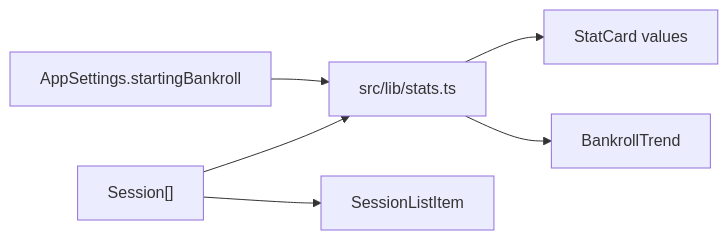
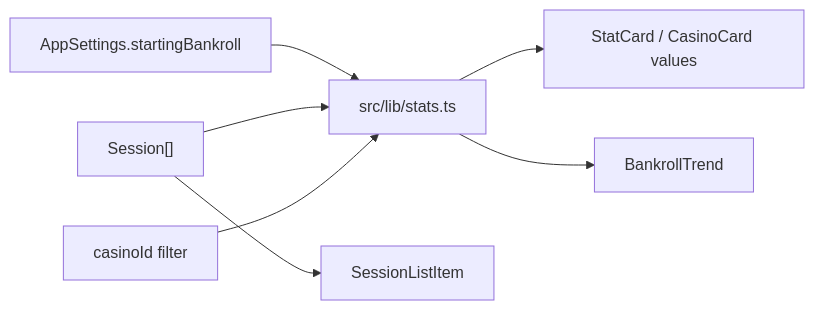
The seventh of 8 diagrams in docs/flow.md (Trevor5008/StackTrack), drawn with Mermaid before and after one commit. The commit also changed other lines of this file and 27 other files, not shown here.

````diff
--- a/docs/flow.md
+++ b/docs/flow.md
@@ -128,8 +138,9 @@
 ```mermaid
 flowchart LR
   Settings[AppSettings.startingBankroll] --> Stats["src/lib/stats.ts"]
   Sessions["Session[]"] --> Stats
-  Stats --> Cards[StatCard values]
+  Stats --> Cards[StatCard / CasinoCard values]
   Stats --> Trend[BankrollTrend]
   Sessions --> List[SessionListItem]
+  CasinoId[casinoId filter] --> Stats
 ```
````
